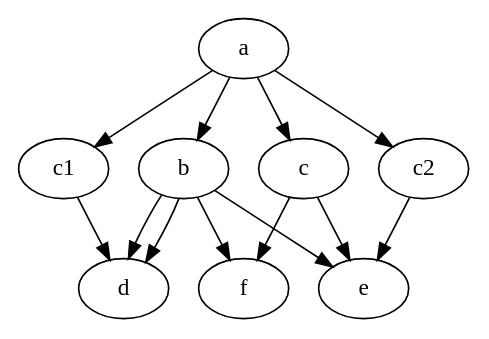
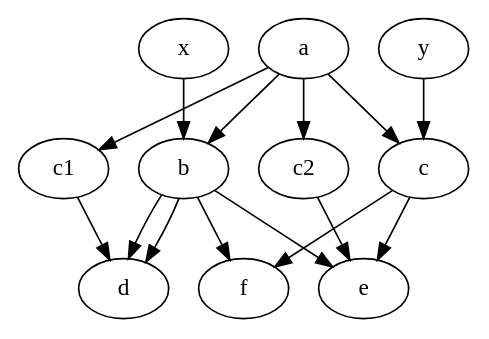
Before and after one commit to junekihong/JumanG: the diagram in dot/herp.dot, drawn with Graphviz.

Commit message:
herp.dot

```diff
--- a/dot/herp.dot
+++ b/dot/herp.dot
@@ -1,15 +1,17 @@
 digraph triangle {
+	x -> b
+	y -> c
 	a -> b
 	a -> c
 
 	b -> d
 	b -> e
 	c -> e
 	c -> f
 	b -> f
 	a -> c1
 	c1 -> d
 	b -> d
 	a -> c2
 	c2 -> e
 }
```
